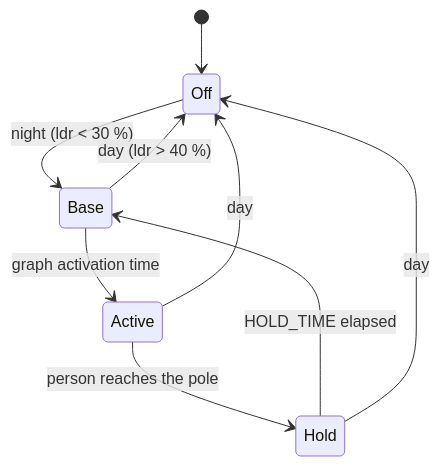
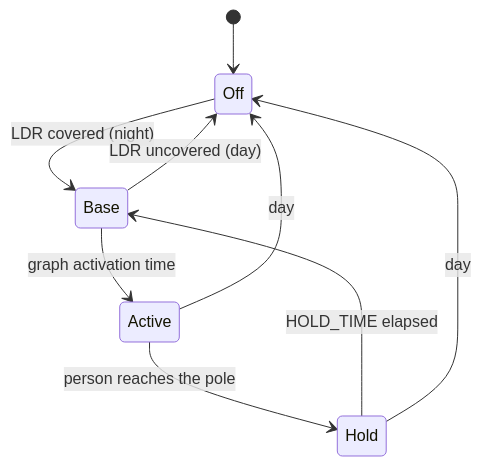
Before and after one commit to olmescode/cp2-alumbrado: the second of 3 diagrams in docs/architecture.md, drawn with Mermaid. The commit also changed other lines of this file and 27 other files, not shown here.

````diff
--- a/docs/architecture.md
+++ b/docs/architecture.md
@@ -44,11 +45,11 @@
 ```mermaid
 stateDiagram-v2
   [*] --> Off
-  Off --> Base: night (ldr < 30 %)
+  Off --> Base: LDR covered (night)
   Base --> Active: graph activation time
   Active --> Hold: person reaches the pole
   Hold --> Base: HOLD_TIME elapsed
-  Base --> Off: day (ldr > 40 %)
+  Base --> Off: LDR uncovered (day)
   Active --> Off: day
   Hold --> Off: day
 ```
````
